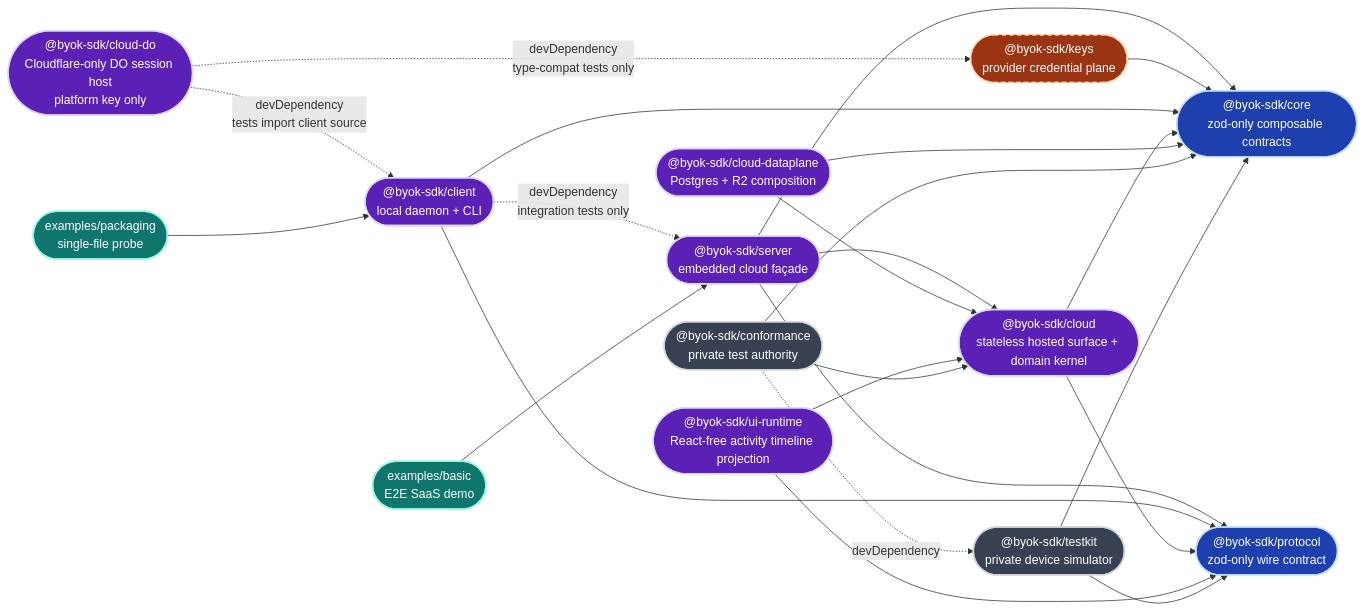
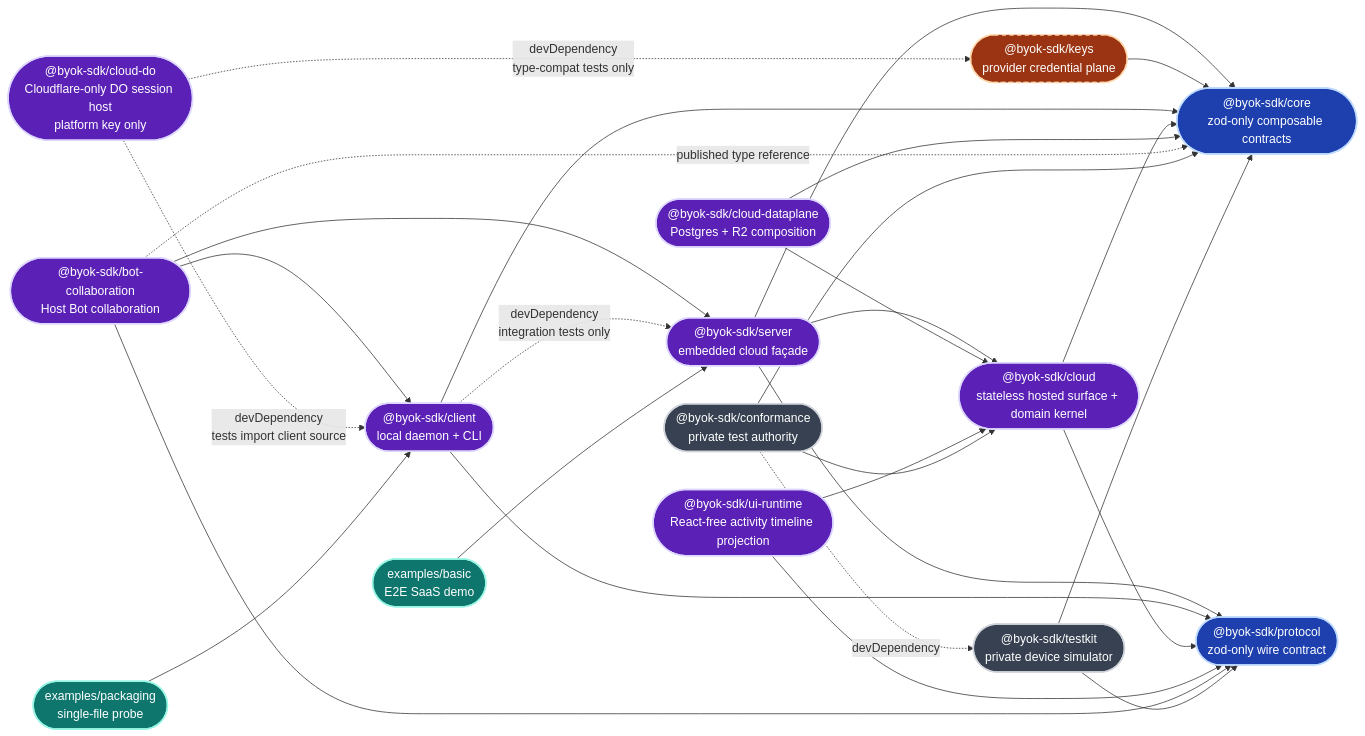
Before and after one commit to Ancienttwo/byok-sdk: the second of 21 diagrams in docs/architecture/sdk-architecture.md, drawn with Mermaid. The commit also changed other lines of this file and 1 other file, not shown here.

Commit message:
docs: record bot collaboration core type dependency

````diff
--- a/docs/architecture/sdk-architecture.md
+++ b/docs/architecture/sdk-architecture.md
@@ -113,47 +113,52 @@
 ```mermaid
 flowchart LR
   classDef contract fill:#1e40af,stroke:#bfdbfe,stroke-width:2px,color:#fff
   classDef runtime fill:#5b21b6,stroke:#ddd6fe,stroke-width:2px,color:#fff
   classDef key fill:#9a3412,stroke:#fed7aa,stroke-width:2px,color:#fff
   classDef example fill:#0f766e,stroke:#99f6e4,stroke-width:2px,color:#fff
   classDef dev fill:#374151,stroke:#d1d5db,stroke-width:2px,color:#fff
 
   Protocol(["@byok-sdk/protocol<br/>zod-only wire contract"]):::contract
   Server(["@byok-sdk/server<br/>embedded cloud façade"]):::runtime
   Client(["@byok-sdk/client<br/>local daemon + CLI"]):::runtime
   Keys(["@byok-sdk/keys<br/>provider credential plane"]):::key
   Core(["@byok-sdk/core<br/>zod-only composable contracts"]):::contract
   Cloud(["@byok-sdk/cloud<br/>stateless hosted surface + domain kernel"]):::runtime
   CloudPg(["@byok-sdk/cloud-dataplane<br/>Postgres + R2 composition"]):::runtime
   CloudDo(["@byok-sdk/cloud-do<br/>Cloudflare-only DO session host<br/>platform key only"]):::runtime
   UiRuntime(["@byok-sdk/ui-runtime<br/>React-free activity timeline projection"]):::runtime
+  BotCollaboration(["@byok-sdk/bot-collaboration<br/>Host Bot collaboration"]):::runtime
   Conformance(["@byok-sdk/conformance<br/>private test authority"]):::dev
   Testkit(["@byok-sdk/testkit<br/>private device simulator"]):::dev
   Basic(["examples/basic<br/>E2E SaaS demo"]):::example
   Packaging(["examples/packaging<br/>single-file probe"]):::example
 
   Server --> Protocol
   Server --> Cloud
   Server --> Core
   Keys --> Core
   Client --> Protocol
   Client --> Core
   Cloud --> Core
   Cloud --> Protocol
   CloudPg --> Cloud
   CloudPg --> Core
   UiRuntime --> Cloud
   UiRuntime --> Protocol
+  BotCollaboration --> Client
+  BotCollaboration --> Protocol
+  BotCollaboration --> Server
+  BotCollaboration -.->|"published type reference"| Core
   Conformance --> Cloud
   Conformance --> Core
   Conformance -.->|"devDependency"| Testkit
   Testkit --> Core
   Testkit --> Protocol
   Client -.->|"devDependency<br/>integration tests only"| Server
   CloudDo -.->|"devDependency<br/>type-compat tests only"| Keys
   CloudDo -.->|"devDependency<br/>tests import client source"| Client
   Basic --> Server
   Packaging --> Client
 
   style Keys stroke-dasharray:5 5
 ```
````
